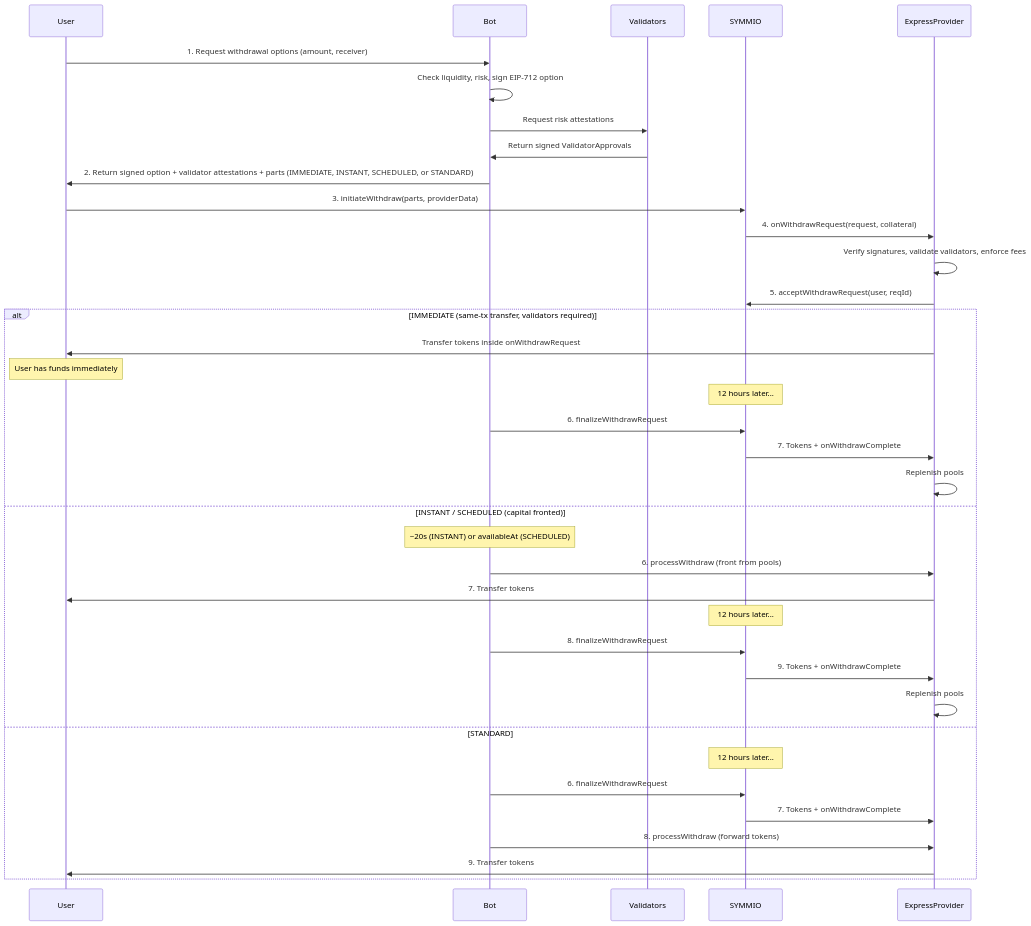
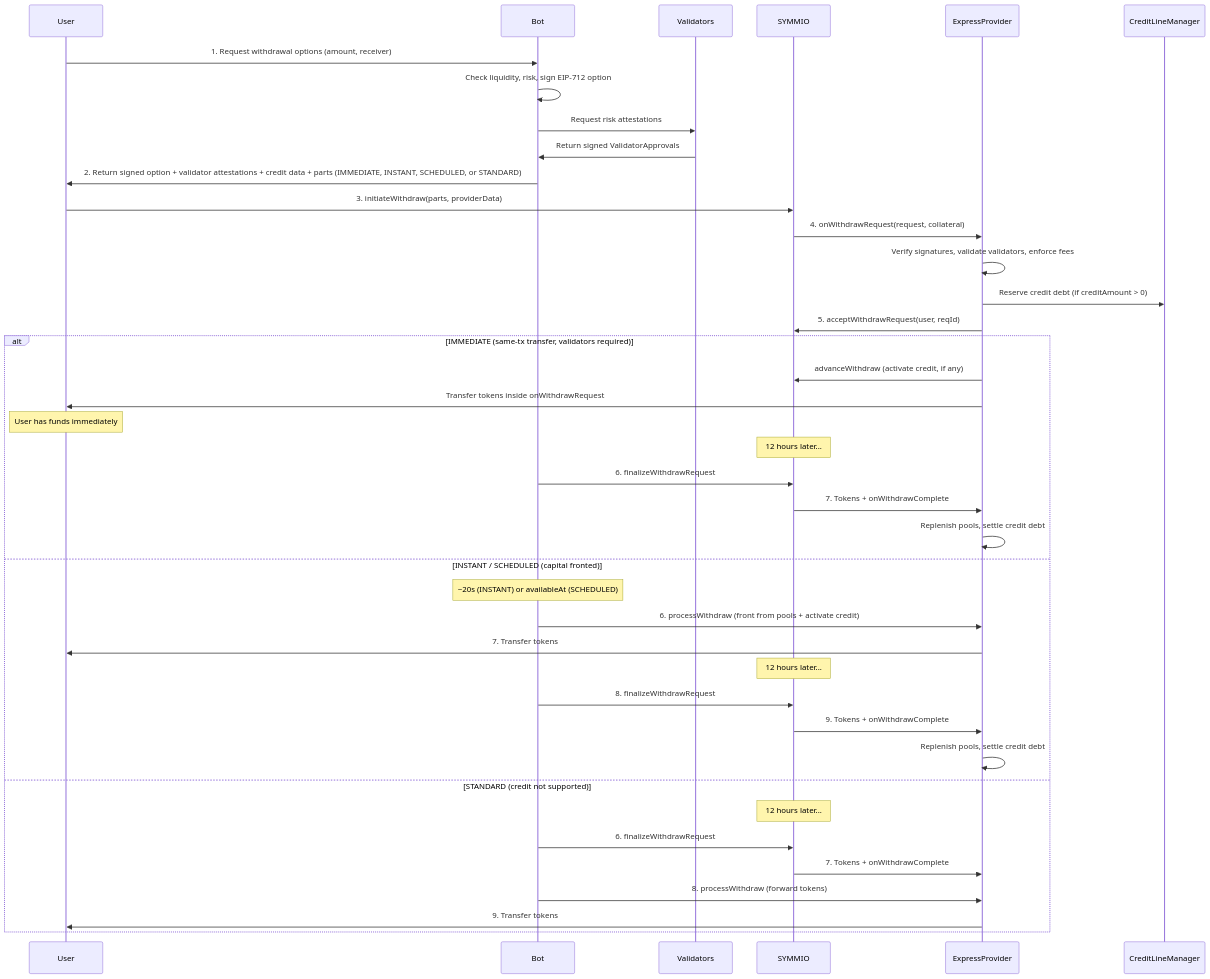
Before and after one commit to SYMM-IO/perps-core: the first of 16 diagrams in docs/v0.8.6/express-withdrawal-system-design.md, drawn with Mermaid. The commit also changed other lines of this file and 9 other files, not shown here.

Commit message:
docs: replace VirtualProvider with Credit Line system in express provider docs

````diff
--- a/docs/v0.8.6/express-withdrawal-system-design.md
+++ b/docs/v0.8.6/express-withdrawal-system-design.md
@@ -9,42 +9,45 @@
 ```mermaid
 sequenceDiagram
     participant User
     participant Bot
     participant Validators
     participant SYMMIO
     participant Express as ExpressProvider
+    participant CLM as CreditLineManager
 
     User->>Bot: 1. Request withdrawal options (amount, receiver)
     Bot->>Bot: Check liquidity, risk, sign EIP-712 option
     Bot->>Validators: Request risk attestations
     Validators->>Bot: Return signed ValidatorApprovals
-    Bot->>User: 2. Return signed option + validator attestations + parts (IMMEDIATE, INSTANT, SCHEDULED, or STANDARD)
+    Bot->>User: 2. Return signed option + validator attestations + credit data + parts (IMMEDIATE, INSTANT, SCHEDULED, or STANDARD)
 
     User->>SYMMIO: 3. initiateWithdraw(parts, providerData)
     SYMMIO->>Express: 4. onWithdrawRequest(request, collateral)
     Express->>Express: Verify signatures, validate validators, enforce fees
+    Express->>CLM: Reserve credit debt (if creditAmount > 0)
     Express->>SYMMIO: 5. acceptWithdrawRequest(user, reqId)
 
     alt IMMEDIATE (same-tx transfer, validators required)
+        Express->>SYMMIO: advanceWithdraw (activate credit, if any)
         Express->>User: Transfer tokens inside onWithdrawRequest
         Note over User: User has funds immediately
         Note over SYMMIO: 12 hours later...
         Bot->>SYMMIO: 6. finalizeWithdrawRequest
         SYMMIO->>Express: 7. Tokens + onWithdrawComplete
-        Express->>Express: Replenish pools
+        Express->>Express: Replenish pools, settle credit debt
     else INSTANT / SCHEDULED (capital fronted)
         Note over Bot: ~20s (INSTANT) or availableAt (SCHEDULED)
-        Bot->>Express: 6. processWithdraw (front from pools)
+        Bot->>Express: 6. processWithdraw (front from pools + activate credit)
         Express->>User: 7. Transfer tokens
         Note over SYMMIO: 12 hours later...
         Bot->>SYMMIO: 8. finalizeWithdrawRequest
         SYMMIO->>Express: 9. Tokens + onWithdrawComplete
-        Express->>Express: Replenish pools
-    else STANDARD
+        Express->>Express: Replenish pools, settle credit debt
+    else STANDARD (credit not supported)
         Note over SYMMIO: 12 hours later...
         Bot->>SYMMIO: 6. finalizeWithdrawRequest
         SYMMIO->>Express: 7. Tokens + onWithdrawComplete
         Bot->>Express: 8. processWithdraw (forward tokens)
         Express->>User: 9. Transfer tokens
     end
 ```
````
